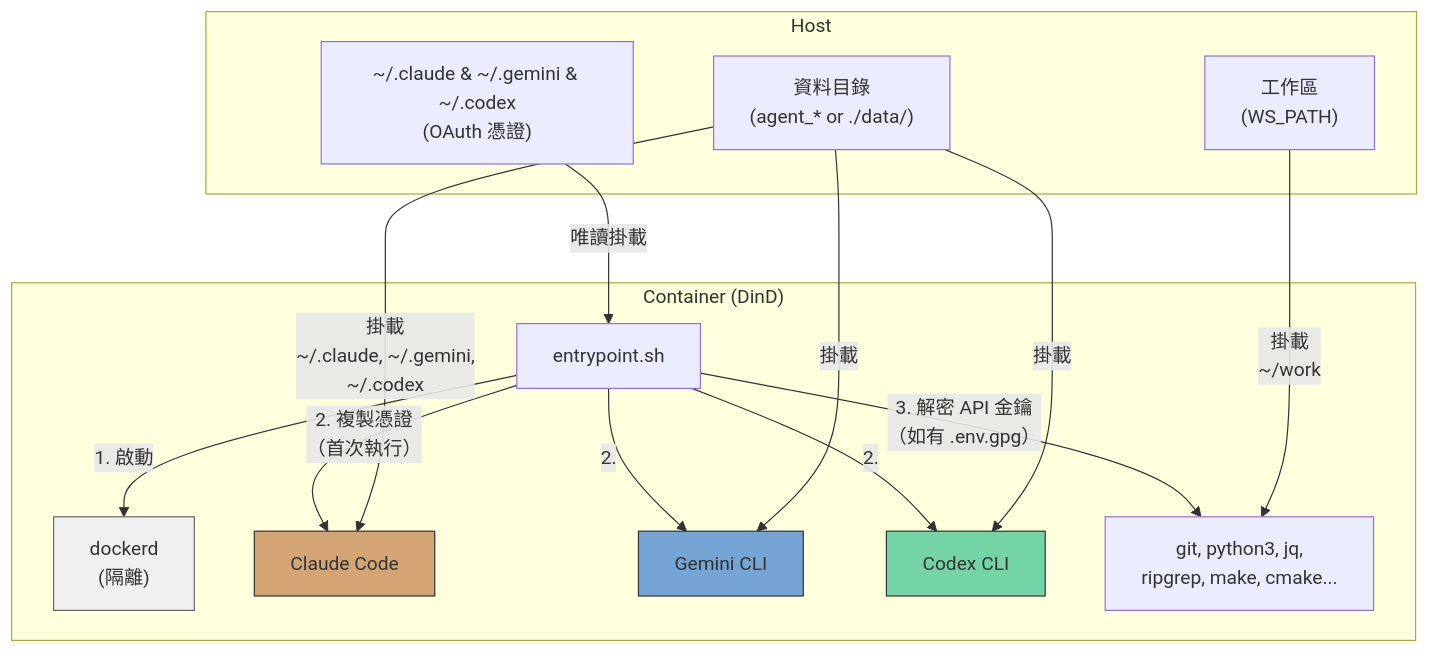
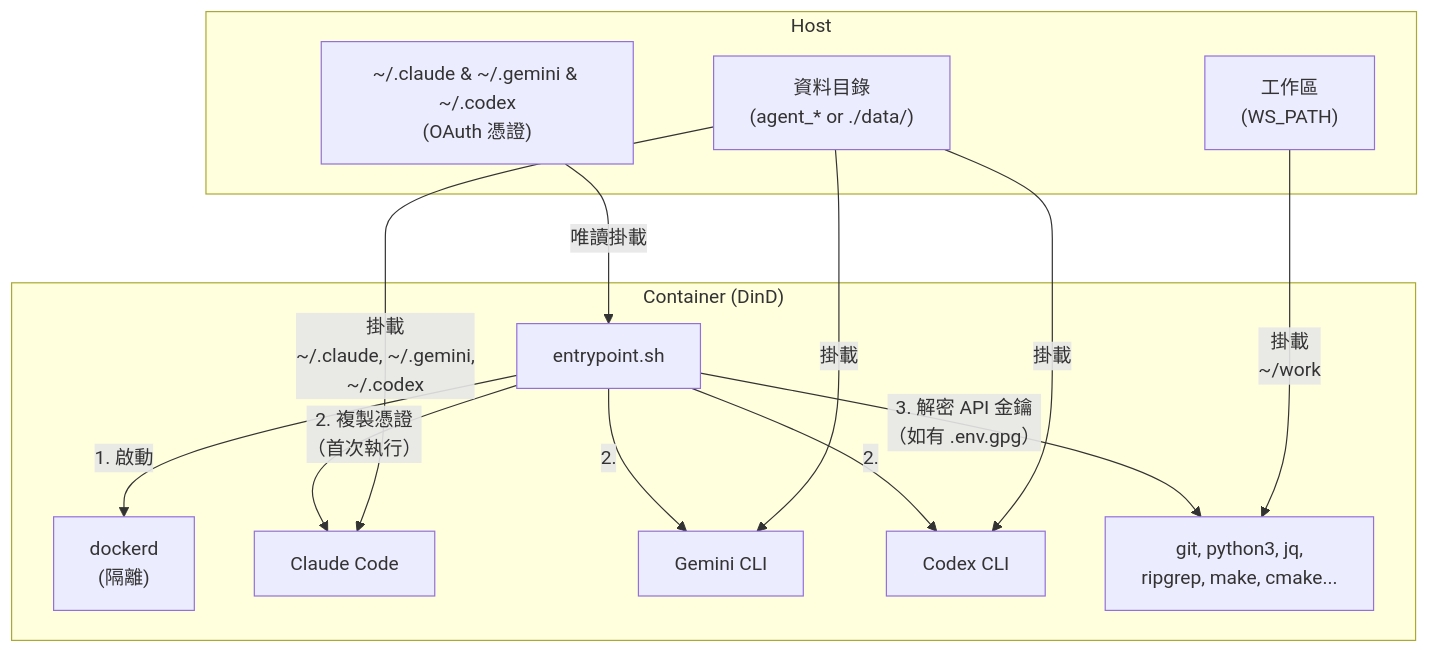
The first of 3 diagrams in doc/README.zh-TW.md (ycpss91255-docker/ai_agent), drawn with Mermaid before and after one commit. The commit also changed other lines of this file and 3 other files, not shown here.

Commit message:
docs: remove mermaid background colors from architecture diagrams

````diff
--- a/doc/README.zh-TW.md
+++ b/doc/README.zh-TW.md
@@ -42,34 +42,30 @@
 ```mermaid
 graph TB
     subgraph Host
         H_OAuth["~/.claude & ~/.gemini & ~/.codex<br/>(OAuth 憑證)"]
         H_WS["工作區<br/>(WS_PATH)"]
         H_Data["資料目錄<br/>(agent_* or ./data/)"]
     end
 
     subgraph "Container (DinD)"
         EP["entrypoint.sh"]
         DinD["dockerd<br/>(隔離)"]
         Claude["Claude Code"]
         Gemini["Gemini CLI"]
         Codex["Codex CLI"]
         Tools["git, python3, jq,<br/>ripgrep, make, cmake..."]
 
         EP -->|"1. 啟動"| DinD
         EP -->|"2. 複製憑證<br/>（首次執行）"| Claude
         EP -->|"2."| Gemini
         EP -->|"2."| Codex
         EP -->|"3. 解密 API 金鑰<br/>（如有 .env.gpg）"| Tools
     end
 
     H_OAuth -->|"唯讀掛載"| EP
     H_WS -->|"掛載<br/>~/work"| Tools
     H_Data -->|"掛載<br/>~/.claude, ~/.gemini,<br/>~/.codex"| Claude
     H_Data -->|"掛載"| Gemini
     H_Data -->|"掛載"| Codex
 
-    style DinD fill:#f0f0f0,stroke:#666
-    style Claude fill:#d4a574,stroke:#333
-    style Gemini fill:#74a5d4,stroke:#333
-    style Codex fill:#74d4a5,stroke:#333
 ```
````
